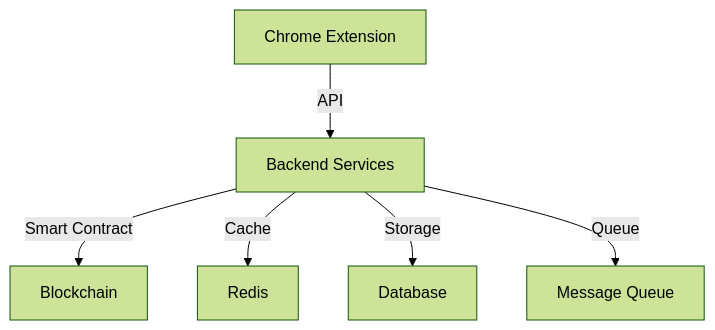
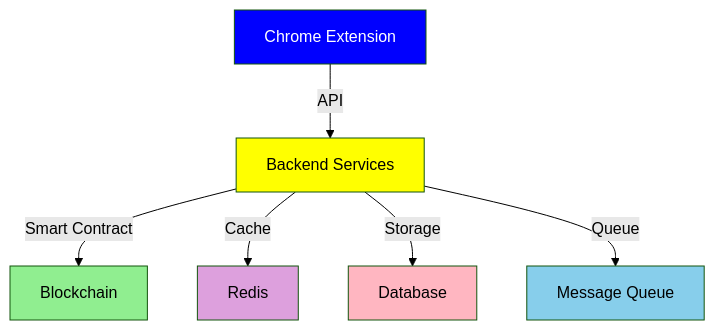
Before and after one commit to MEMEFANS/memefans: the first of 2 diagrams in docs/technical-implementation.md, drawn with Mermaid (forest theme). The commit also changed other lines of this file and 15 other files, not shown here.

Commit message:
docs: update Mermaid diagram formats to use HTML div format for better rendering

````diff
--- a/docs/technical-implementation.md
+++ b/docs/technical-implementation.md
@@ -8,8 +8,15 @@
-   ```mermaid
+   <div class="mermaid">
    graph TD
      A[Chrome Extension] -->|API| B[Backend Services]
      B -->|Smart Contract| C[Blockchain]
      B -->|Cache| D[Redis]
      B -->|Storage| E[Database]
      B -->|Queue| F[Message Queue]
-   ```
+     
+     style A fill:#0000FF,color:#FFFFFF
+     style B fill:#FFFF00,color:#000000
+     style C fill:#90EE90,color:#000000
+     style D fill:#DDA0DD,color:#000000
+     style E fill:#FFB6C1,color:#000000
+     style F fill:#87CEEB,color:#000000
+   </div>
````
